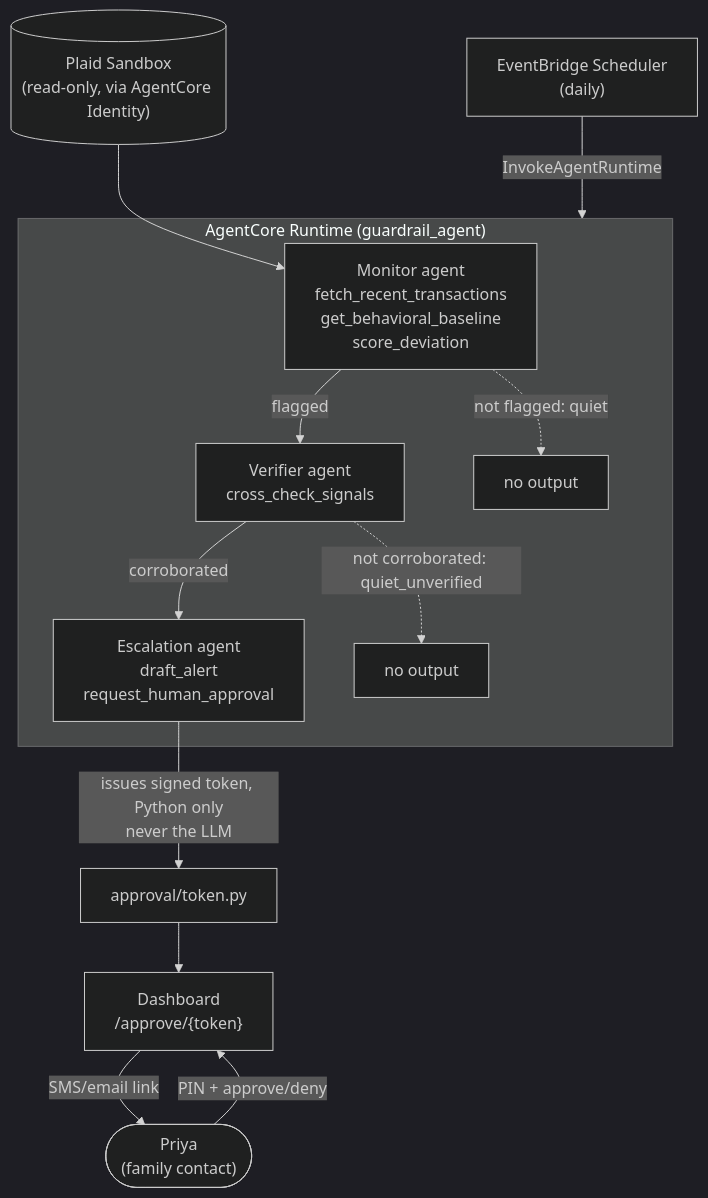
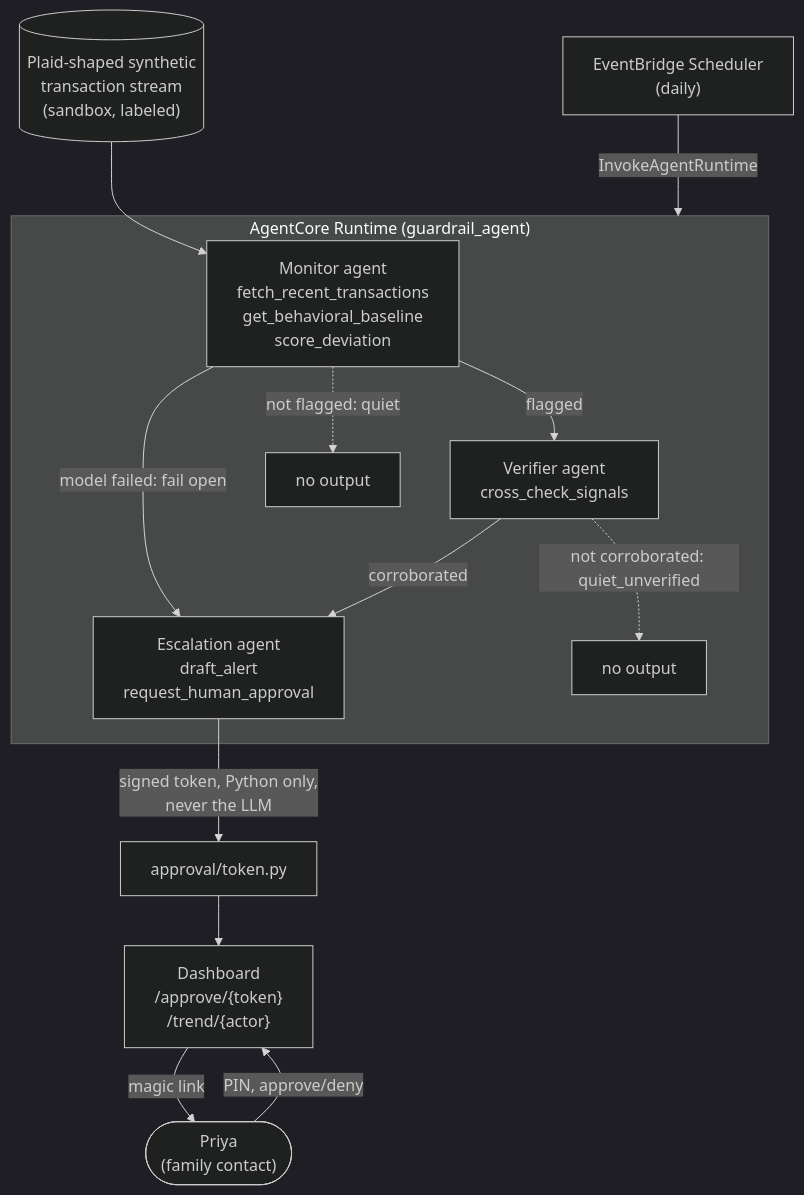
The diagram in README.md (trustphoneapp/guardrail), drawn with Mermaid (dark theme) before and after one commit. The commit also changed other lines of this file and 9 other files, not shown here.

First line of the commit message:
Fix fail-open, token keying, detection gaps; correct false README claims

````diff
--- a/README.md
+++ b/README.md
@@ -16,20 +45,21 @@
 ```mermaid
 flowchart TD
     Sched["EventBridge Scheduler\n(daily)"] -->|InvokeAgentRuntime| Runtime
 
     subgraph Runtime["AgentCore Runtime (guardrail_agent)"]
         Monitor["Monitor agent\nfetch_recent_transactions\nget_behavioral_baseline\nscore_deviation"]
         Verifier["Verifier agent\ncross_check_signals"]
         Escalation["Escalation agent\ndraft_alert\nrequest_human_approval"]
         Monitor -->|flagged| Verifier
+        Monitor -->|model failed: fail open| Escalation
         Verifier -->|corroborated| Escalation
         Monitor -.->|not flagged: quiet| Silent1["no output"]
         Verifier -.->|not corroborated: quiet_unverified| Silent2["no output"]
     end
 
-    Plaid[("Plaid Sandbox\n(read-only, via AgentCore Identity)")] --> Monitor
-    Escalation -->|issues signed token, Python only\nnever the LLM| Approval["approval/token.py"]
-    Approval --> Dashboard["Dashboard\n/approve/{token}"]
-    Dashboard -->|SMS/email link| Priya(["Priya\n(family contact)"])
-    Priya -->|PIN + approve/deny| Dashboard
+    Stream[("Plaid-shaped synthetic\ntransaction stream\n(sandbox, labeled)")] --> Monitor
+    Escalation -->|signed token, Python only,\nnever the LLM| Approval["approval/token.py"]
+    Approval --> Dashboard["Dashboard\n/approve/{token}\n/trend/{actor}"]
+    Dashboard -->|magic link| Priya(["Priya\n(family contact)"])
+    Priya -->|PIN, approve/deny| Dashboard
 ```
````
